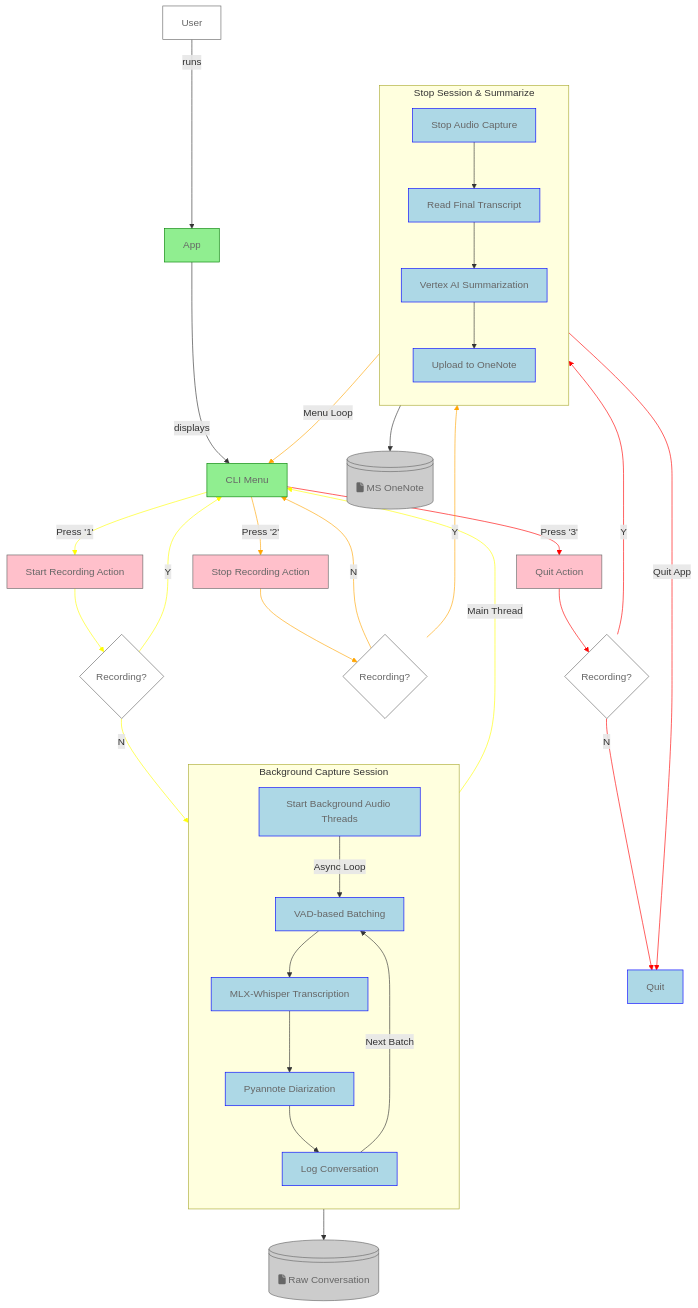
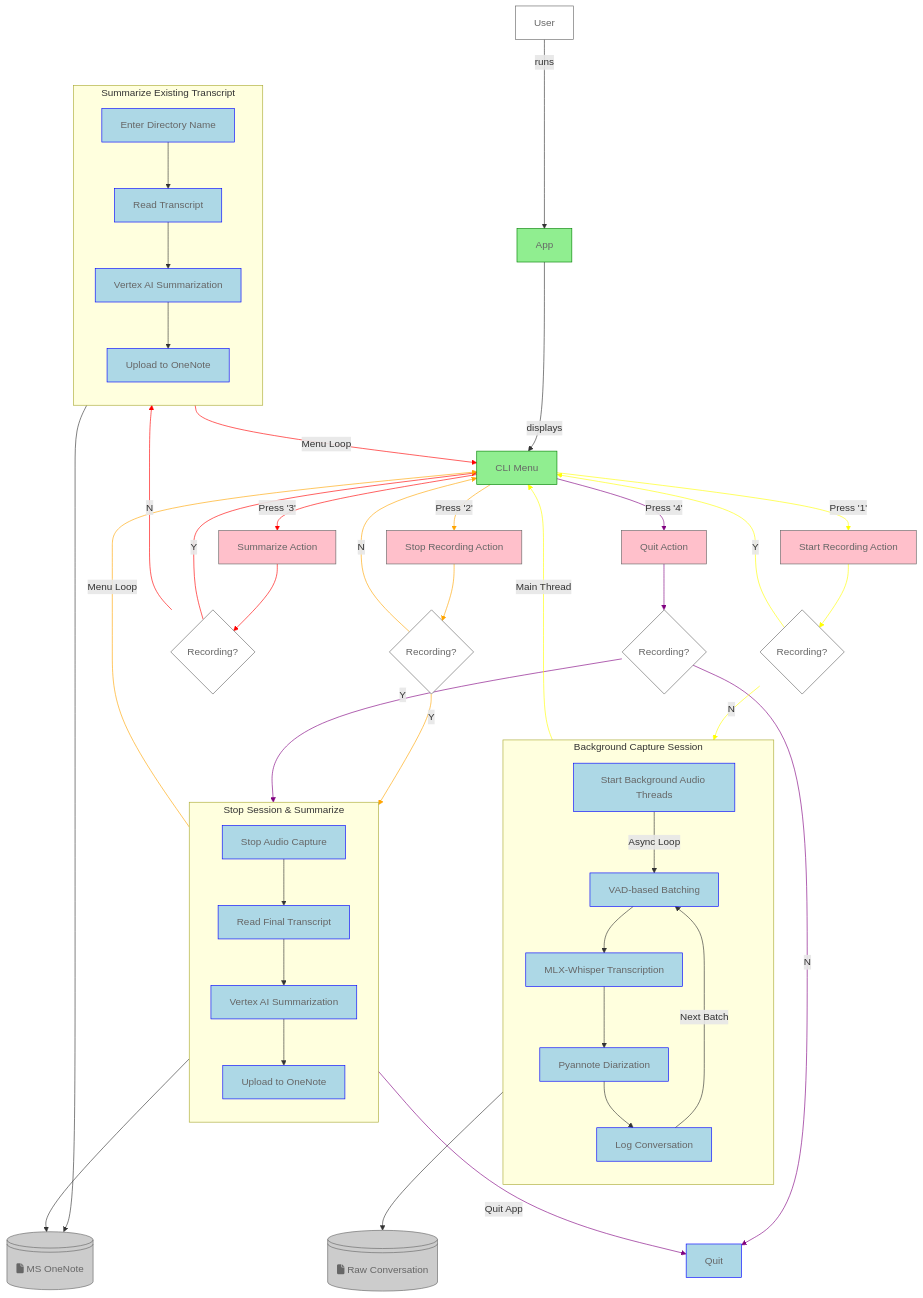
The diagram in README.md (choonchernlim/you-talk-too-much-app), drawn with Mermaid before and after one commit. The commit also changed other lines of this file and 4 other files, not shown here.

Commit message:
feat: add summarization feature for existing transcripts and update CLI menu

```diff
--- a/README.md
+++ b/README.md
@@ -34,7 +34,8 @@
    MENU[CLI Menu]:::appClass
    OPT1[Start Recording Action]:::optClass
    OPT2[Stop Recording Action]:::optClass
-   OPT3[Quit Action]:::optClass
+   OPT3[Summarize Action]:::optClass
+   OPT4[Quit Action]:::optClass
 
    FILESYSTEM:::artifactClass@{ shape: lin-cyl, label: "fa:fa-file Raw Conversation" }
    ONENOTE:::artifactClass@{ shape: lin-cyl, label: "fa:fa-file MS OneNote" }
@@ -56,6 +57,13 @@
        STEP2D[Upload to OneNote]:::toolClass
    end
 
+   subgraph SummarizeProcess[Summarize Existing Transcript]
+       direction TB
+       STEP3A[Enter Directory Name]:::toolClass
+       STEP3B[Read Transcript]:::toolClass
+       STEP3C[Vertex AI Summarization]:::toolClass
+       STEP3D[Upload to OneNote]:::toolClass
+   end
 
    A -- runs --> APP
    APP -- displays --> MENU
@@ -86,17 +94,31 @@
 
    MENU OPT3_1@-- Press '3' --> OPT3
    OPT3 OPT3_2@--> DEC3{Recording?}:::defClass
-   DEC3 OPT3_3@-- Y --> STEP2A
-   DEC3 OPT3_4@-- N --> STEP3A[Quit]:::toolClass
-   STEP2D OPT3_5@-- Quit App --> STEP3A
+   DEC3 OPT3_3@-- Y --> MENU
+   DEC3 OPT3_4@-- N --> STEP3A
+
+   STEP3A --> STEP3B
+   STEP3B --> STEP3C
+   STEP3C --> STEP3D
+   STEP3D --> ONENOTE
+
+   STEP3D OPT3_5@-- Menu Loop --> MENU
+
+   MENU OPT4_1@-- Press '4' --> OPT4
+   OPT4 OPT4_2@--> DEC4{Recording?}:::defClass
+   DEC4 OPT4_3@-- Y --> STEP2A
+   DEC4 OPT4_4@-- N --> STEP4A[Quit]:::toolClass
+   STEP2D OPT4_5@-- Quit App --> STEP4A
 
    class OPT1_1,OPT1_2,OPT1_3,OPT1_4,OPT1_5,OPT1_6 line1Class;
    class OPT2_1,OPT2_2,OPT2_3,OPT2_4,OPT2_5 line2Class;
    class OPT3_1,OPT3_2,OPT3_3,OPT3_4,OPT3_5 line3Class;
+   class OPT4_1,OPT4_2,OPT4_3,OPT4_4,OPT4_5 line4Class;
 
    classDef line1Class stroke:yellow
    classDef line2Class stroke:orange
    classDef line3Class stroke:red
+   classDef line4Class stroke:purple
 
    classDef defClass fill:#FFFFFF,stroke:#666666,color:#666666
    classDef optClass fill:pink,stroke:#666666,color:#666666
```
